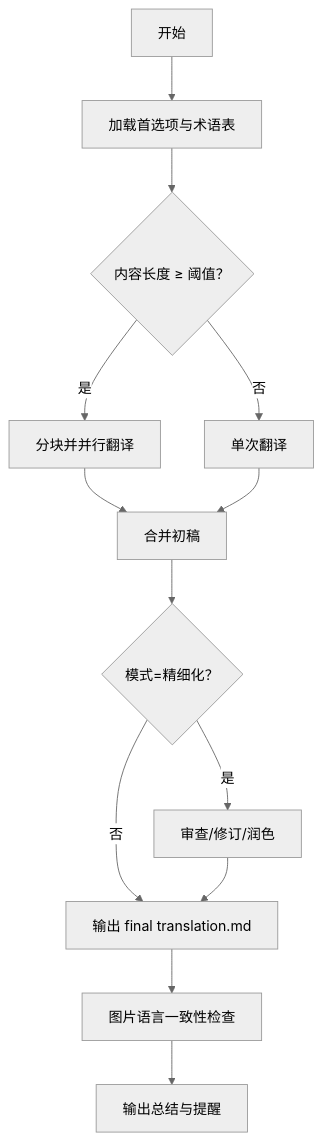
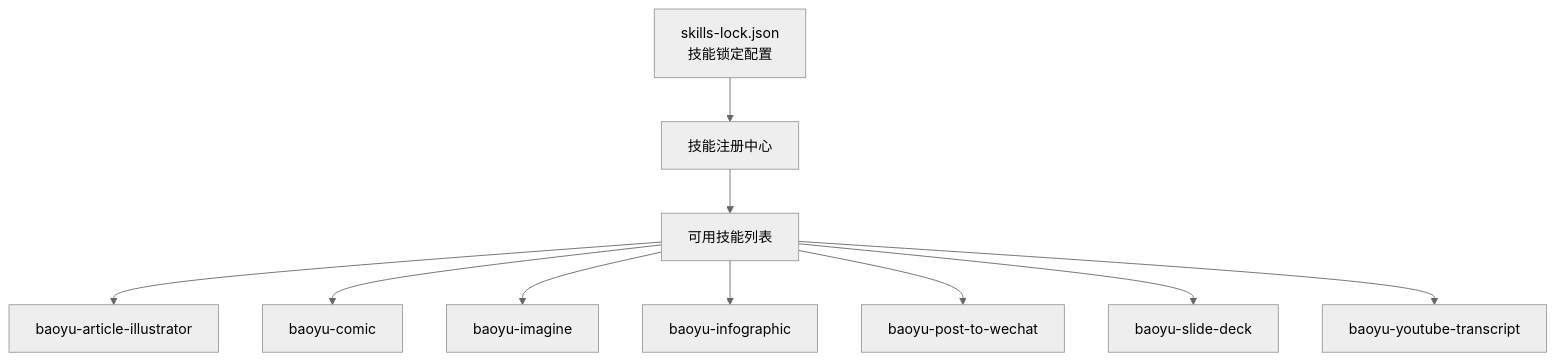
Before and after one commit to NTLx/ntlx.github.io: the diagram in .qoder/repowiki/zh/content/AI 技能系统/内容处理技能/翻译技能.md, drawn with Mermaid (neutral theme). The commit also changed other lines of this file and 8 other files, not shown here.

````diff
--- a/.qoder/repowiki/zh/content/AI 技能系统/内容处理技能/翻译技能.md
+++ b/.qoder/repowiki/zh/content/AI 技能系统/内容处理技能/翻译技能.md
@@ -201,15 +29,12 @@
 ```mermaid
-flowchart TD
-A["开始"] --> B["加载首选项与术语表"]
-B --> C{"内容长度 ≥ 阈值？"}
-C -- 是 --> D["分块并并行翻译"]
-C -- 否 --> E["单次翻译"]
-D --> F["合并初稿"]
-E --> F
-F --> G{"模式=精细化？"}
-G -- 否 --> H["输出 final translation.md"]
-G -- 是 --> I["审查/修订/润色"]
-I --> H
-H --> J["图片语言一致性检查"]
-J --> K["输出总结与提醒"]
+graph TB
+A["skills-lock.json<br/>技能锁定配置"] --> B["技能注册中心"]
+B --> C["可用技能列表"]
+C --> D["baoyu-article-illustrator"]
+C --> E["baoyu-comic"]
+C --> F["baoyu-imagine"]
+C --> G["baoyu-infographic"]
+C --> H["baoyu-post-to-wechat"]
+C --> I["baoyu-slide-deck"]
+C --> J["baoyu-youtube-transcript"]
 ```
````
